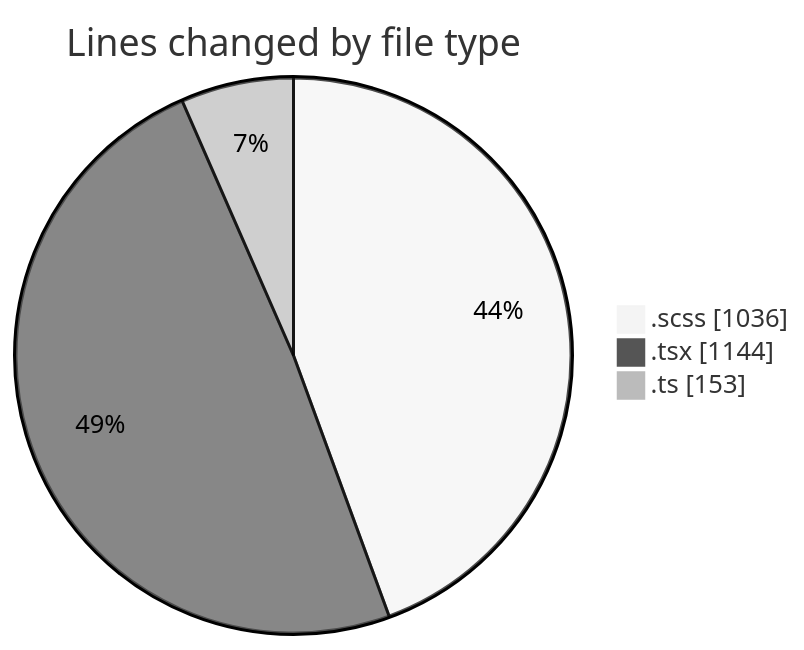
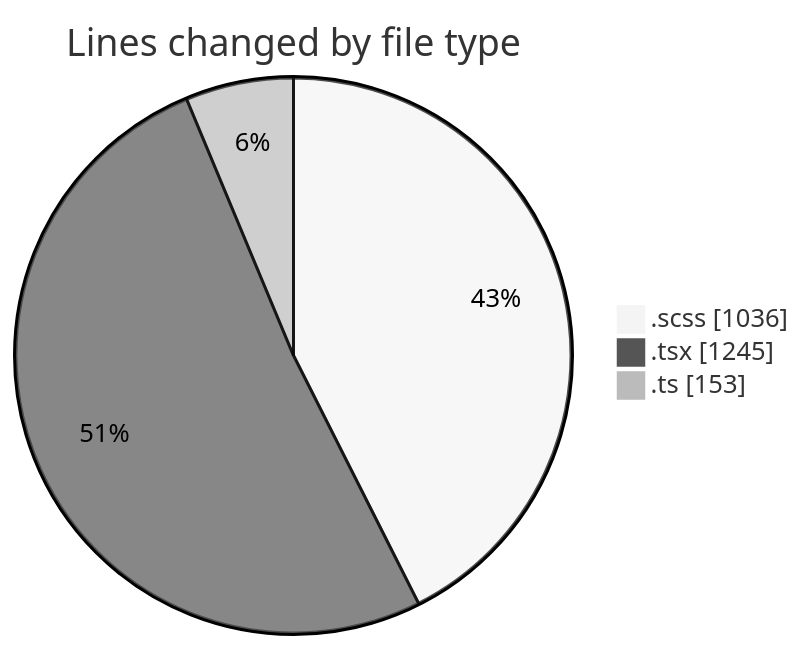
One commit to momahboobian/code-tracking changed the first of 2 diagrams in 2025-03-28/cda/README.md. Above: the diagram before and after it, drawn with Mermaid (neutral theme). The commit also changed other lines of this file and 1 other file, not shown here.

````diff
--- a/2025-03-28/cda/README.md
+++ b/2025-03-28/cda/README.md
@@ -26,7 +27,7 @@
 ```mermaid
 pie showData
 title Lines changed by file type
 ".scss" : 1036
-".tsx" : 1144
+".tsx" : 1245
 ".ts" : 153
 ```
````
